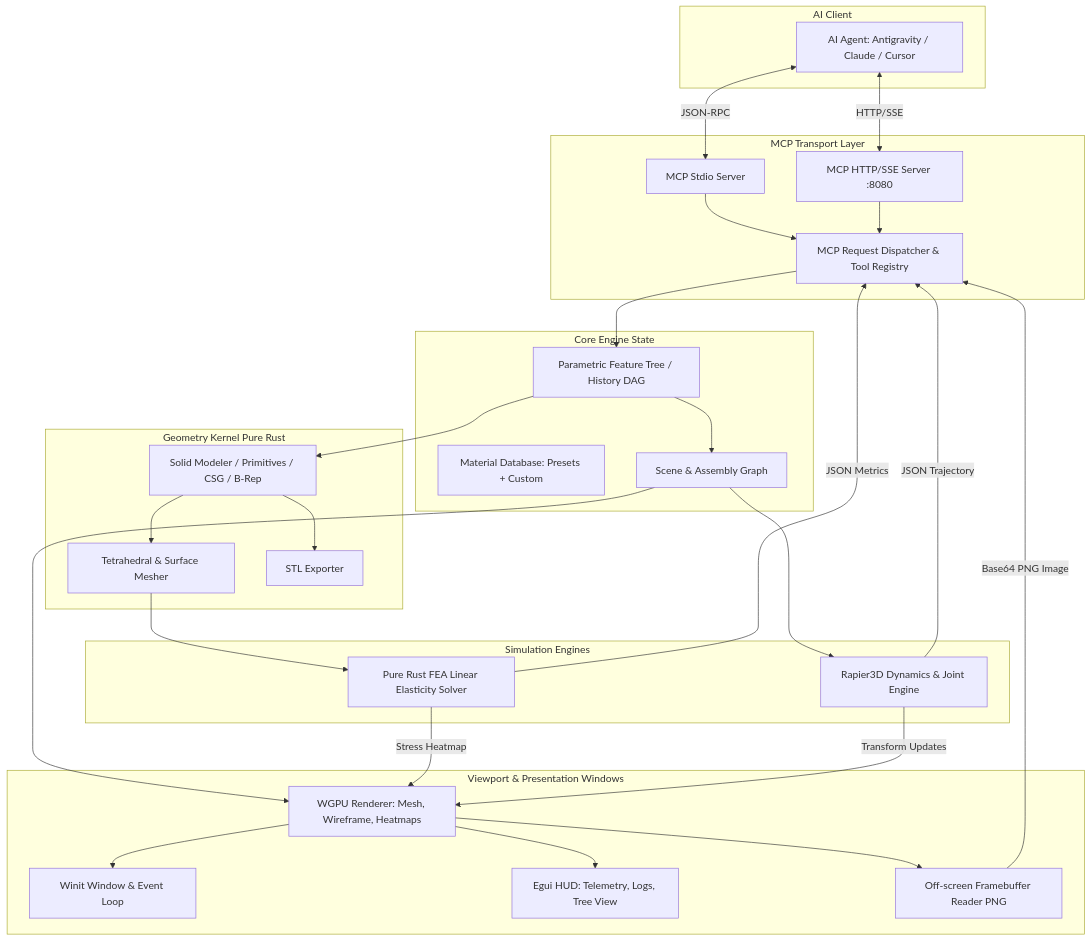
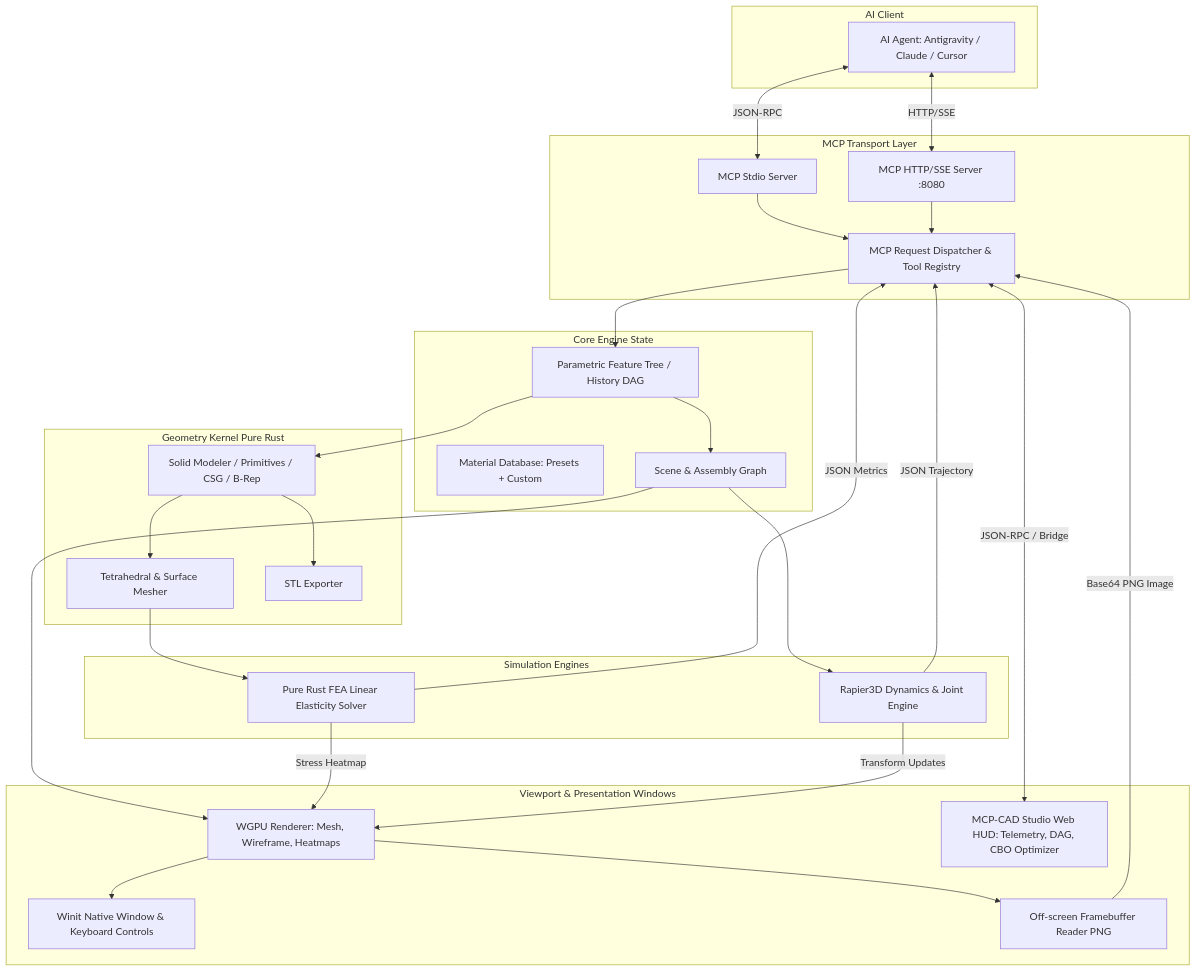
Before and after one commit to hofabetlife/chordvibe-cad-mcp: the diagram in PRD.md, drawn with Mermaid. The commit also changed other lines of this file and 224 other files, not shown here.

````diff
--- a/PRD.md
+++ b/PRD.md
@@ -49,60 +49,60 @@
 ```mermaid
 graph TD
     subgraph AI Client
         LLM[AI Agent: Antigravity / Claude / Cursor]
     end
 
     subgraph MCP Transport Layer
         MCP_STDIO[MCP Stdio Server]
         MCP_SSE[MCP HTTP/SSE Server :8080]
         DISPATCH[MCP Request Dispatcher & Tool Registry]
     end
 
     subgraph Core Engine State
         DAG[Parametric Feature Tree / History DAG]
         MAT[Material Database: Presets + Custom]
         SCENE[Scene & Assembly Graph]
     end
 
     subgraph Geometry Kernel Pure Rust
         SOLID[Solid Modeler / Primitives / CSG / B-Rep]
         TET_MESH[Tetrahedral & Surface Mesher]
         STL_EXP[STL Exporter]
     end
 
     subgraph Simulation Engines
         RAPIER[Rapier3D Dynamics & Joint Engine]
         FEA[Pure Rust FEA Linear Elasticity Solver]
     end
 
     subgraph Viewport & Presentation Windows
-        WINIT[Winit Window & Event Loop]
+        WINIT[Winit Native Window & Keyboard Controls]
         WGPU[WGPU Renderer: Mesh, Wireframe, Heatmaps]
-        EGUI[Egui HUD: Telemetry, Logs, Tree View]
+        WEB_HUD[MCP-CAD Studio Web HUD: Telemetry, DAG, CBO Optimizer]
         OFFSCREEN[Off-screen Framebuffer Reader PNG]
     end
 
     LLM <-->|JSON-RPC| MCP_STDIO
     LLM <-->|HTTP/SSE| MCP_SSE
     MCP_STDIO --> DISPATCH
     MCP_SSE --> DISPATCH
 
     DISPATCH --> DAG
     DAG --> SOLID
     SOLID --> TET_MESH
     SOLID --> STL_EXP
 
     DAG --> SCENE
     SCENE --> RAPIER
     TET_MESH --> FEA
 
     SCENE --> WGPU
     FEA -->|Stress Heatmap| WGPU
     RAPIER -->|Transform Updates| WGPU
     WGPU --> WINIT
-    WGPU --> EGUI
+    DISPATCH <-->|JSON-RPC / Bridge| WEB_HUD
     WGPU --> OFFSCREEN
     OFFSCREEN -->|Base64 PNG Image| DISPATCH
     FEA -->|JSON Metrics| DISPATCH
     RAPIER -->|JSON Trajectory| DISPATCH
 ```
````
